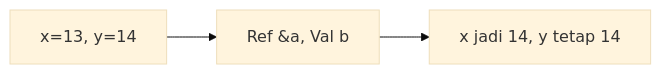
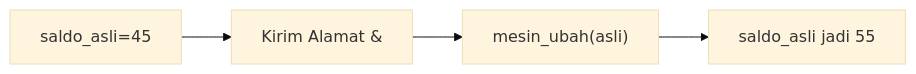
The tenth of 25 diagrams in part-c-pemahaman-cpp/04-fungsi/latihan/set-01.md (amnahwaida/OSNK_INF_PREP), drawn with Mermaid (base theme) before and after one commit. The commit also changed other lines of this file and 71 other files, not shown here.

````diff
--- a/part-c-pemahaman-cpp/04-fungsi/latihan/set-01.md
+++ b/part-c-pemahaman-cpp/04-fungsi/latihan/set-01.md
@@ -260,5 +273,6 @@
 ```mermaid
 graph LR
-A["x=13, y=14"] --> B["Ref &a, Val b"]
-B --> C["x jadi 14, y tetap 14"]
+A["saldo_asli=45"] --> B["Kirim Alamat &"]
+B --> C["mesin_ubah(asli)"]
+C --> D["saldo_asli jadi 55"]
 ```
````
